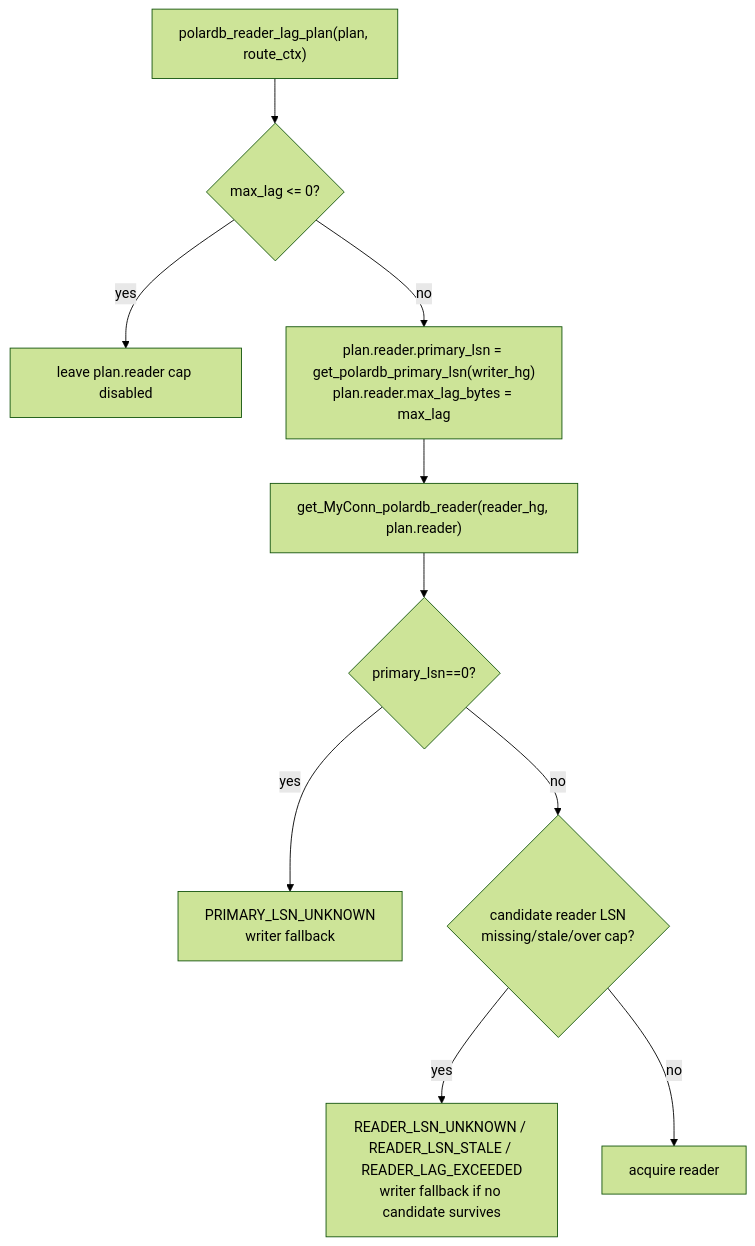
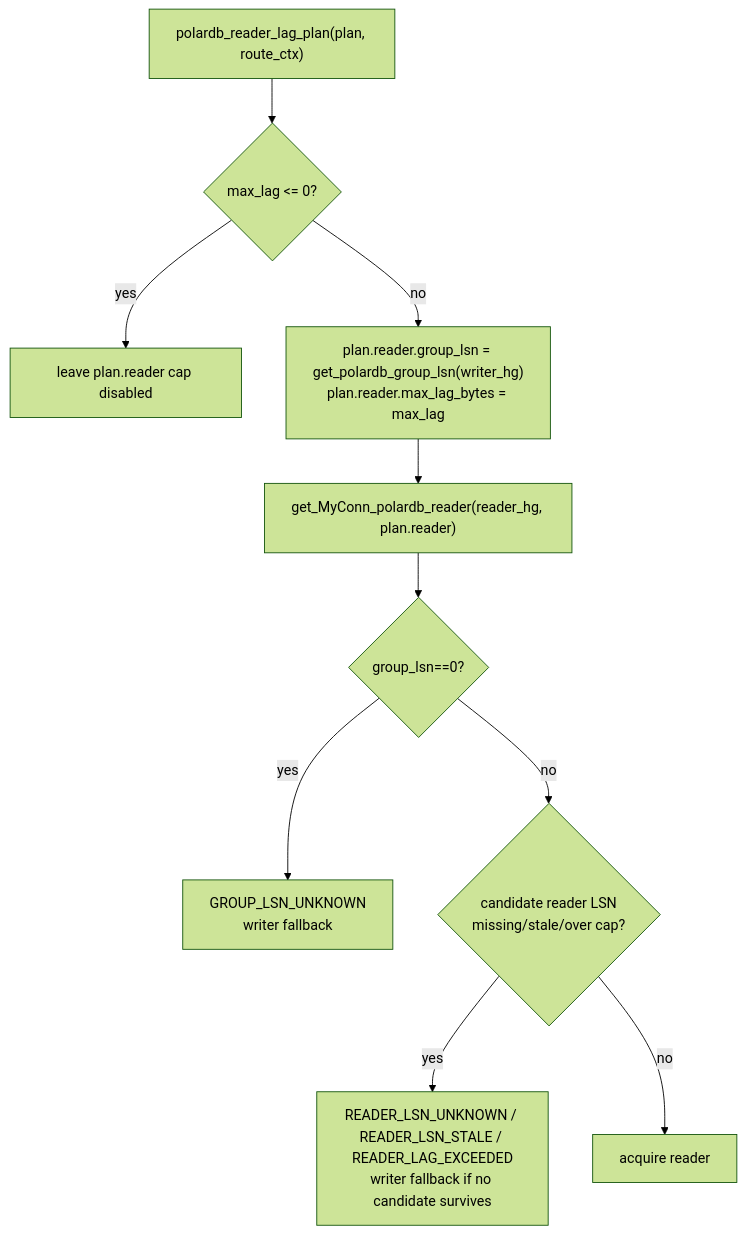
Before and after one commit to awide-labs/polar-proxy: the third of 4 diagrams in doc/polardb-arch/05-MONITOR-AND-HGM-LSN-STATE.md, drawn with Mermaid (forest theme). The commit also changed other lines of this file and 29 other files, not shown here.

First line of the commit message:
docs(polardb): document v15_wait extended query flow

````diff
--- a/doc/polardb-arch/05-MONITOR-AND-HGM-LSN-STATE.md
+++ b/doc/polardb-arch/05-MONITOR-AND-HGM-LSN-STATE.md
@@ -631,12 +631,12 @@
 ```mermaid
 flowchart TD
     A["polardb_reader_lag_plan(plan, route_ctx)"] --> B{"max_lag <= 0?"}
     B -- yes --> ALLOW["leave plan.reader cap disabled"]
-    B -- no --> C["plan.reader.primary_lsn = get_polardb_primary_lsn(writer_hg)<br/>plan.reader.max_lag_bytes = max_lag"]
+    B -- no --> C["plan.reader.group_lsn = get_polardb_group_lsn(writer_hg)<br/>plan.reader.max_lag_bytes = max_lag"]
     C --> D["get_MyConn_polardb_reader(reader_hg, plan.reader)"]
-    D --> E{"primary_lsn==0?"}
-    E -- yes --> PFAIL["PRIMARY_LSN_UNKNOWN<br/>writer fallback"]
+    D --> E{"group_lsn==0?"}
+    E -- yes --> PFAIL["GROUP_LSN_UNKNOWN<br/>writer fallback"]
     E -- no --> F{"candidate reader LSN<br/>missing/stale/over cap?"}
     F -- yes --> RFAIL["READER_LSN_UNKNOWN / READER_LSN_STALE / READER_LAG_EXCEEDED<br/>writer fallback if no candidate survives"]
     F -- no --> OK["acquire reader"]
 ```
````
